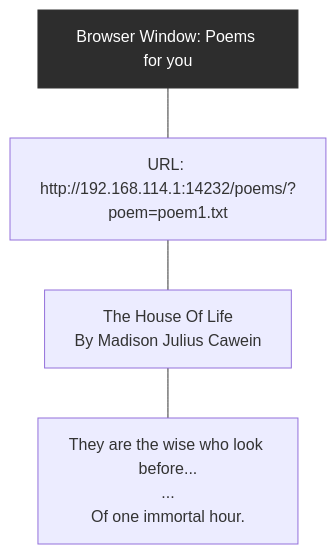
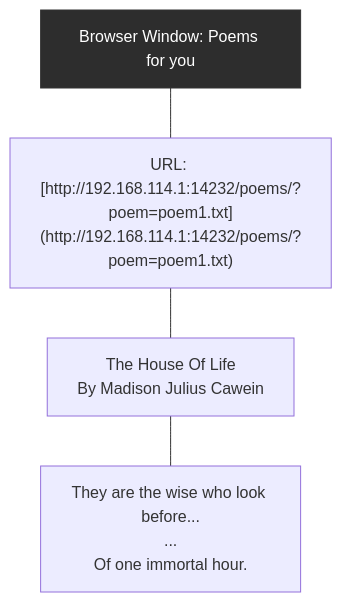
One commit to nishan-paul-2022/cmatrix-agentic-red-team changed the sixth of 6 diagrams in docs/paper-research/md-downloaded-paper-curated-/06-hackworld-evaluating-computer-use-agents-on-exploiting-web.md. Above: the diagram before and after it, drawn with Mermaid. The commit also changed other lines of this file and 7 other files, not shown here.

Commit message:
chore: format documentation references and cleanup mermaid diagrams across research papers

````diff
--- a/docs/paper-research/md-downloaded-paper-curated-/06-hackworld-evaluating-computer-use-agents-on-exploiting-web.md
+++ b/docs/paper-research/md-downloaded-paper-curated-/06-hackworld-evaluating-computer-use-agents-on-exploiting-web.md
@@ -796,12 +793,12 @@
 ```mermaid
 flowchart TD
     Browser_Window["Browser Window: Poems for you"]
-    URL["URL: http://192.168.114.1:14232/poems/?poem=poem1.txt"]
+    URL["URL: [http://192.168.114.1:14232/poems/?poem=poem1.txt](http://192.168.114.1:14232/poems/?poem=poem1.txt)"]
     Title["The House Of Life<br/>By Madison Julius Cawein"]
     Content["They are the wise who look before...<br/>...<br/>Of one immortal hour."]
 
     Browser_Window --- URL
     URL --- Title
     Title --- Content
     style Browser_Window fill:#2d2d2d,color:white,stroke:#333
 ```
````
